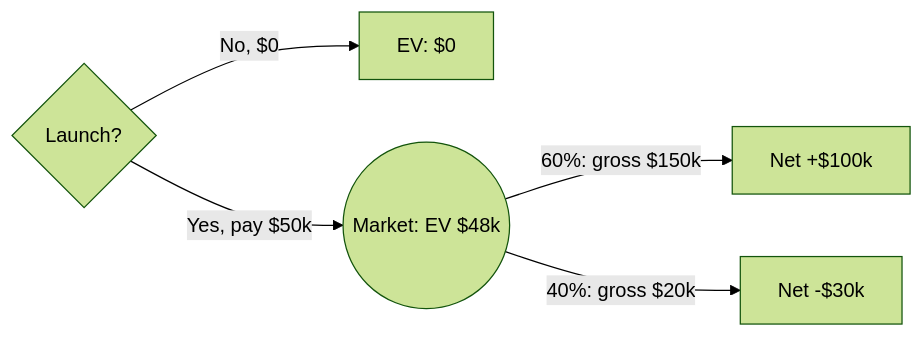
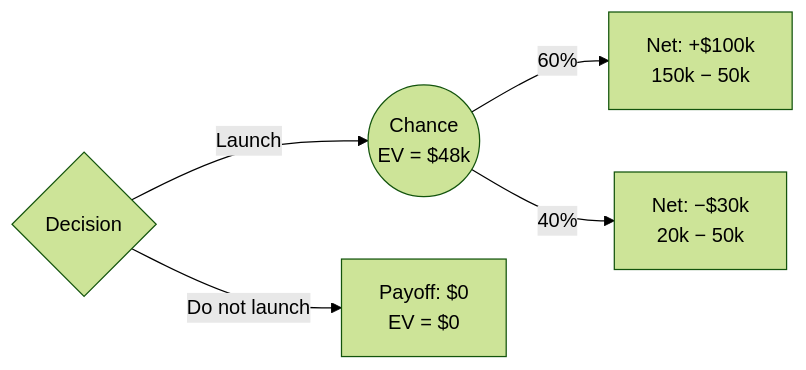
The diagram in eval/figure/generated/haiku/b-decision-tree.md (vrevolverrr/vicher), drawn with Mermaid (forest theme) before and after one commit. The commit also changed other lines of this file and 243 other files, not shown here.

First line of the commit message:
feat(figure): replace tags with groups and states (#13)

````diff
--- a/eval/figure/generated/haiku/b-decision-tree.md
+++ b/eval/figure/generated/haiku/b-decision-tree.md
@@ -5,7 +5,7 @@
 ```mermaid
 flowchart LR
-  D{Launch?} -->|No, $0| N["EV: $0"]
-  D -->|Yes, pay $50k| C(("Market: EV $48k"))
-  C -->|"60%: gross $150k"| S["Net +$100k"]
-  C -->|"40%: gross $20k"| F["Net -$30k"]
+    D{Decision} -->|Launch| C(("Chance<br/>EV = $48k"))
+    D -->|Do not launch| N["Payoff: $0<br/>EV = $0"]
+    C -->|"60%"| H["Net: +$100k<br/>150k − 50k"]
+    C -->|"40%"| L["Net: −$30k<br/>20k − 50k"]
 ```
````
